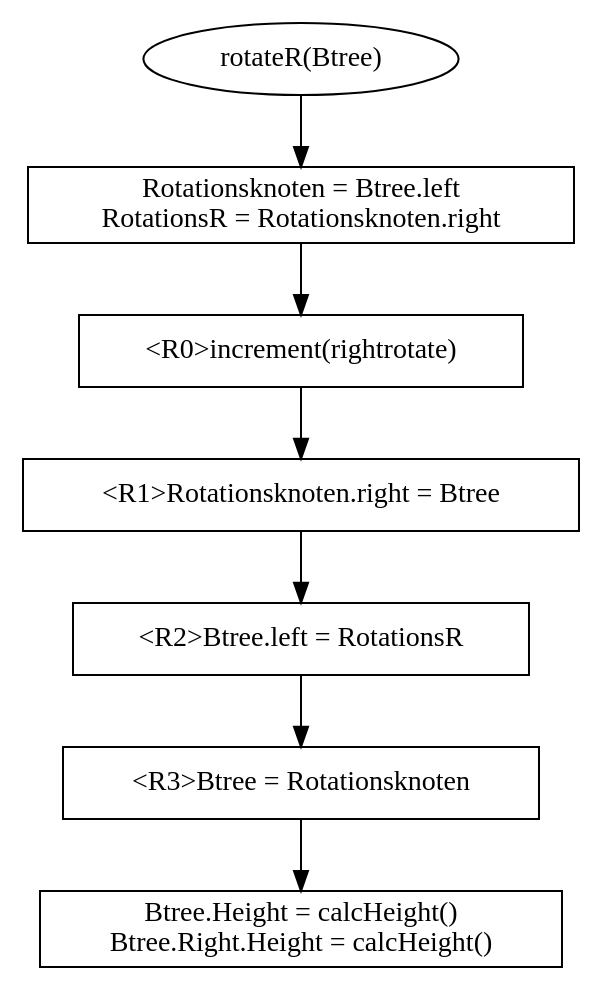
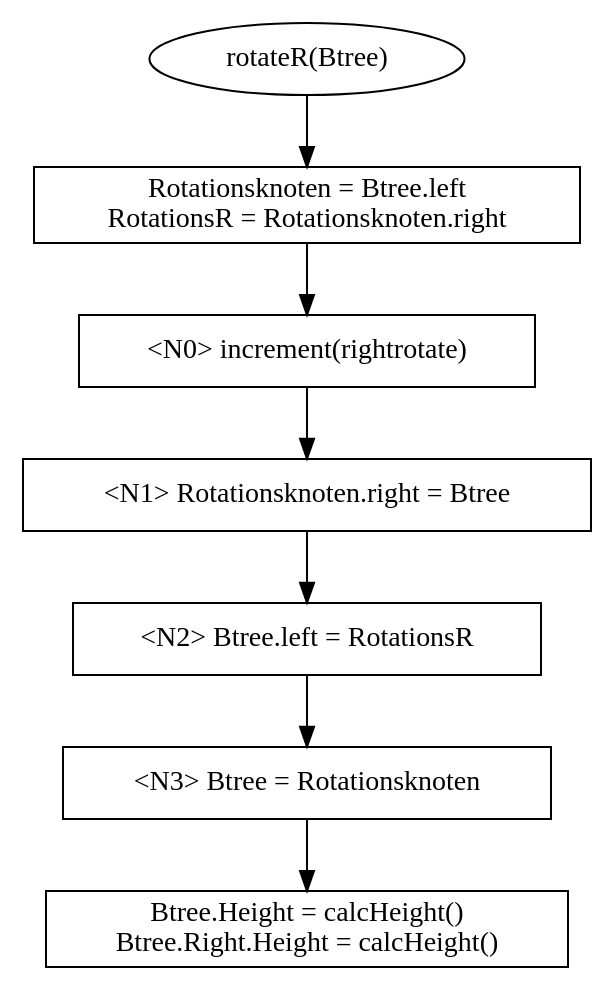
The diagram in doc/graphviz/rotateR.gv (hugoppp-uni/Hausarbeit-Algorithmen-und-Datenstrukturen), drawn with Graphviz before and after one commit. The commit also changed 7 other files, not shown here.

```diff
--- a/doc/graphviz/rotateR.gv
+++ b/doc/graphviz/rotateR.gv
@@ -1,16 +1,16 @@
 digraph G {
     node [shape = box];
     rotateR [label = "rotateR(Btree)" shape = ellipse];
     rotateR -> wurzel
     wurzel [label = "Rotationsknoten = Btree.left\nRotationsR = Rotationsknoten.right"];
     wurzel -> a0
-    a0 [label = "<R0>increment(rightrotate)"]
+    a0 [label = "<N0> increment(rightrotate)"]
     a0 -> a1
-    a1 [label = "<R1>Rotationsknoten.right = Btree"]
+    a1 [label = "<N1> Rotationsknoten.right = Btree"]
     a1 -> a2
-    a2  [label = "<R2>Btree.left = RotationsR"]
+    a2  [label = "<N2> Btree.left = RotationsR"]
     a2 -> a3
-    a3 [label = "<R3>Btree = Rotationsknoten"]
+    a3 [label = "<N3> Btree = Rotationsknoten"]
     a3 -> a4
     a4 [label = "Btree.Height = calcHeight()\nBtree.Right.Height = calcHeight()"]
 }
```
